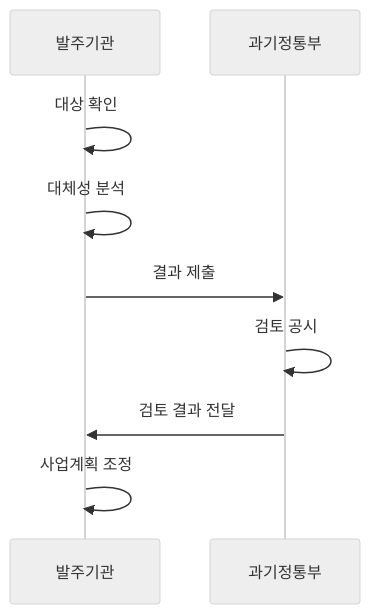
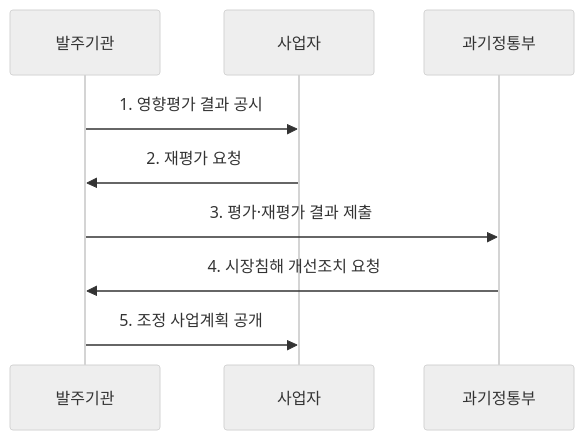
The second of 2 diagrams in src/content/docs/notes/07-law-policy/017_sw_business_impact_assessment.md (agnusdei1207/knowledge-base), drawn with Mermaid (neutral theme) before and after one commit. The commit also changed other lines of this file and 9 other files, not shown here.

````diff
--- a/src/content/docs/notes/07-law-policy/017_sw_business_impact_assessment.md
+++ b/src/content/docs/notes/07-law-policy/017_sw_business_impact_assessment.md
@@ -68,11 +74,11 @@
 ```mermaid
 sequenceDiagram
     participant 발주기관
+    participant 사업자
     participant 과기정통부
-    발주기관->>발주기관: 대상 확인
-    발주기관->>발주기관: 대체성 분석
-    발주기관->>과기정통부: 결과 제출
-    과기정통부->>과기정통부: 검토 공시
-    과기정통부->>발주기관: 검토 결과 전달
-    발주기관->>발주기관: 사업계획 조정
+    발주기관->>사업자: 1. 영향평가 결과 공시
+    사업자->>발주기관: 2. 재평가 요청
+    발주기관->>과기정통부: 3. 평가·재평가 결과 제출
+    과기정통부->>발주기관: 4. 시장침해 개선조치 요청
+    발주기관->>사업자: 5. 조정 사업계획 공개
 ```
````
